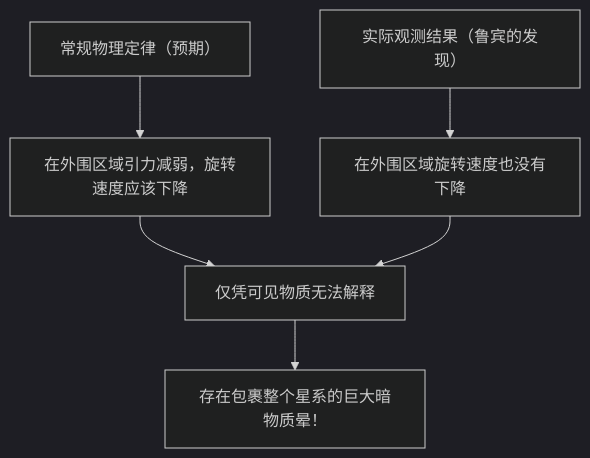
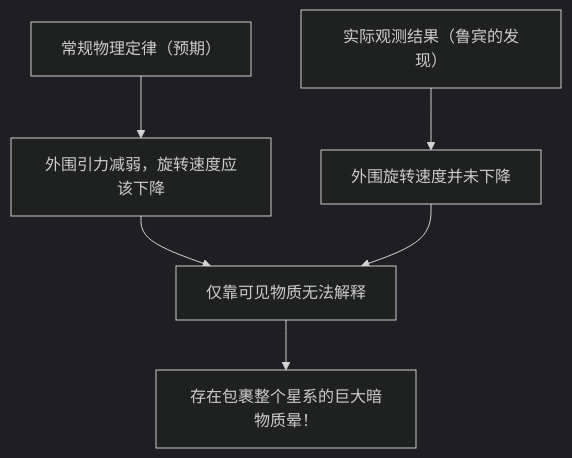
One commit to kenjinote/blog changed the first of 2 diagrams in content/post/dark-matter-dark-energy-mysteries/index.zh-cn.md. Above: the diagram before and after it, drawn with Mermaid (dark theme). The commit also changed other lines of this file and 12 other files, not shown here.

````diff
--- a/content/post/dark-matter-dark-energy-mysteries/index.zh-cn.md
+++ b/content/post/dark-matter-dark-energy-mysteries/index.zh-cn.md
@@ -31,8 +31,8 @@
 ```mermaid
 graph TD
-    A["常规物理定律（预期）"] --> B["在外围区域引力减弱，旋转速度应该下降"]
-    C["实际观测结果（鲁宾的发现）"] --> D["在外围区域旋转速度也没有下降"]
-    B --> E["仅凭可见物质无法解释"]
+    A["常规物理定律（预期）"] --> B["外围引力减弱，旋转速度应该下降"]
+    C["实际观测结果（鲁宾的发现）"] --> D["外围旋转速度并未下降"]
+    B --> E["仅靠可见物质无法解释"]
     D --> E
     E --> F["存在包裹整个星系的巨大暗物质晕！"]
 ```
````
